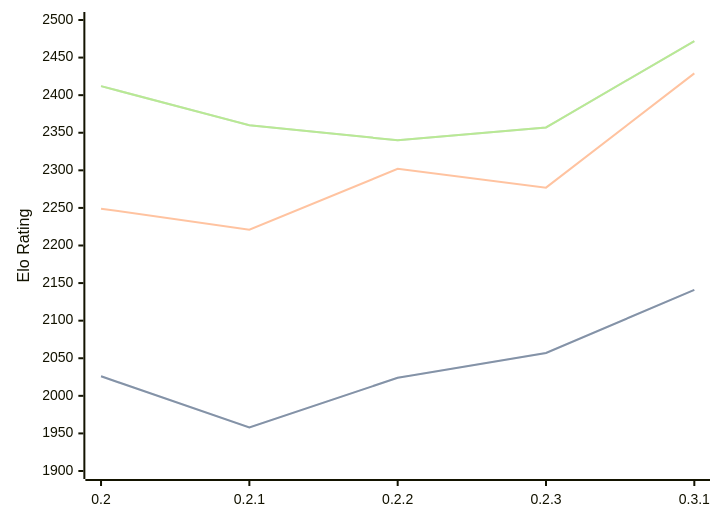
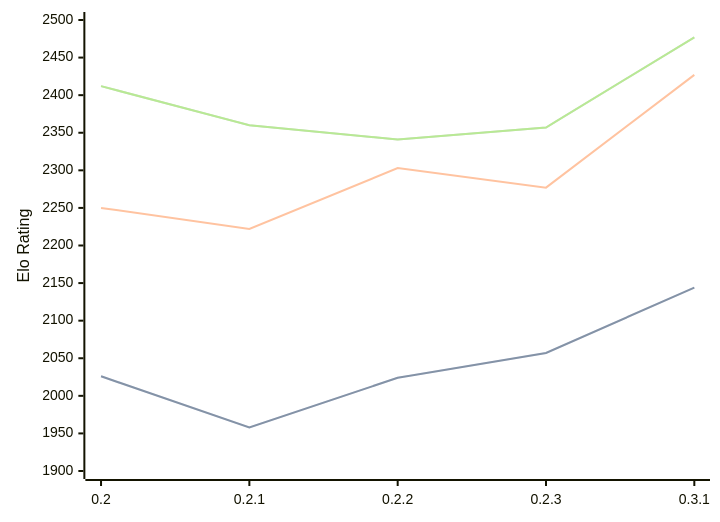
The diagram in engines/Lolbot.md (computer-chess-index/cci), drawn with Mermaid before and after one commit. The commit also changed other lines of this file, not shown here.

Commit message:
Update CCI Ratings (ELO VLTC) - 2026-04-25

````diff
--- a/engines/Lolbot.md
+++ b/engines/Lolbot.md
@@ -36,11 +36,11 @@
 ```mermaid
 %%{init: {"theme":"base","themeVariables":{"seriesColors:['#a3a3a3','#222221','#faa371']}}}%%
 xychart-beta
   x-axis ["0.2", "0.2.1", "0.2.2", "0.2.3", "0.3.1"]
   y-axis "Elo Rating" 1900 --> 2500
-  line "STC (8.0+0.08s)" [2026, 1958, 2024, 2057, 2141]
-  line "STC (8.0+0.08s)" [2026, 1958, 2024, 2057, 2141]
-  line "LTC (60.0+0.60s)" [2249, 2221, 2302, 2277, 2429]
-  line "VLTC (2m24s+1.12s)" [2412, 2360, 2340, 2357, 2472]
-  line "VLTC (2m24s+1.12s)" [2412, 2360, 2340, 2357, 2472]
+  line "STC (8.0+0.08s)" [2026, 1958, 2024, 2057, 2144]
+  line "STC (8.0+0.08s)" [2026, 1958, 2024, 2057, 2144]
+  line "LTC (60.0+0.60s)" [2250, 2222, 2303, 2277, 2427]
+  line "VLTC (2m24s+1.12s)" [2412, 2360, 2341, 2357, 2477]
+  line "VLTC (2m24s+1.12s)" [2412, 2360, 2341, 2357, 2477]
 ```
````
